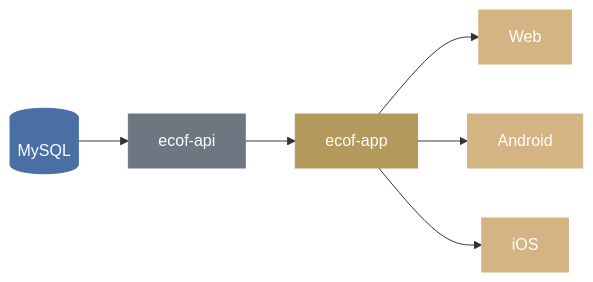
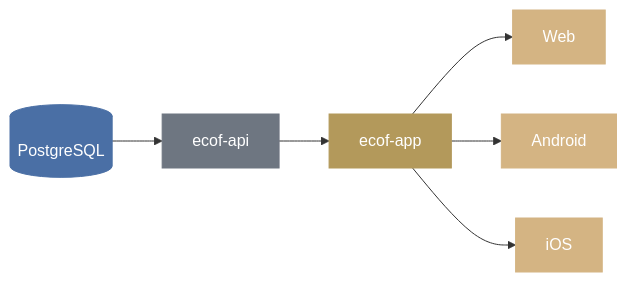
One commit to orthodoxie-et-occident/ecof-api changed the diagram in .github/README.md. Above: the diagram before and after it, drawn with Mermaid. The commit also changed other lines of this file, not shown here.

````diff
--- a/.github/README.md
+++ b/.github/README.md
@@ -25,18 +25,18 @@
 ```mermaid
 flowchart LR
-    DB[(MySQL)] --> API["ecof-api"]
+    DB[(PostgreSQL)] --> API["ecof-api"]
     API --> APP["ecof-app"]
     APP --> WEB["Web"]
     APP --> AND["Android"]
     APP --> IOS["iOS"]
 
     classDef db fill:#4A6FA5,stroke:#4A6FA5,color:#fff
     classDef api fill:#6E7681,stroke:#6E7681,color:#fff
     classDef app fill:#B3995B,stroke:#B3995B,color:#fff
     classDef device fill:#D4B483,stroke:#D4B483,color:#fff
 
     class DB db
     class API api
     class APP app
     class WEB,AND,IOS device
 ```
````
